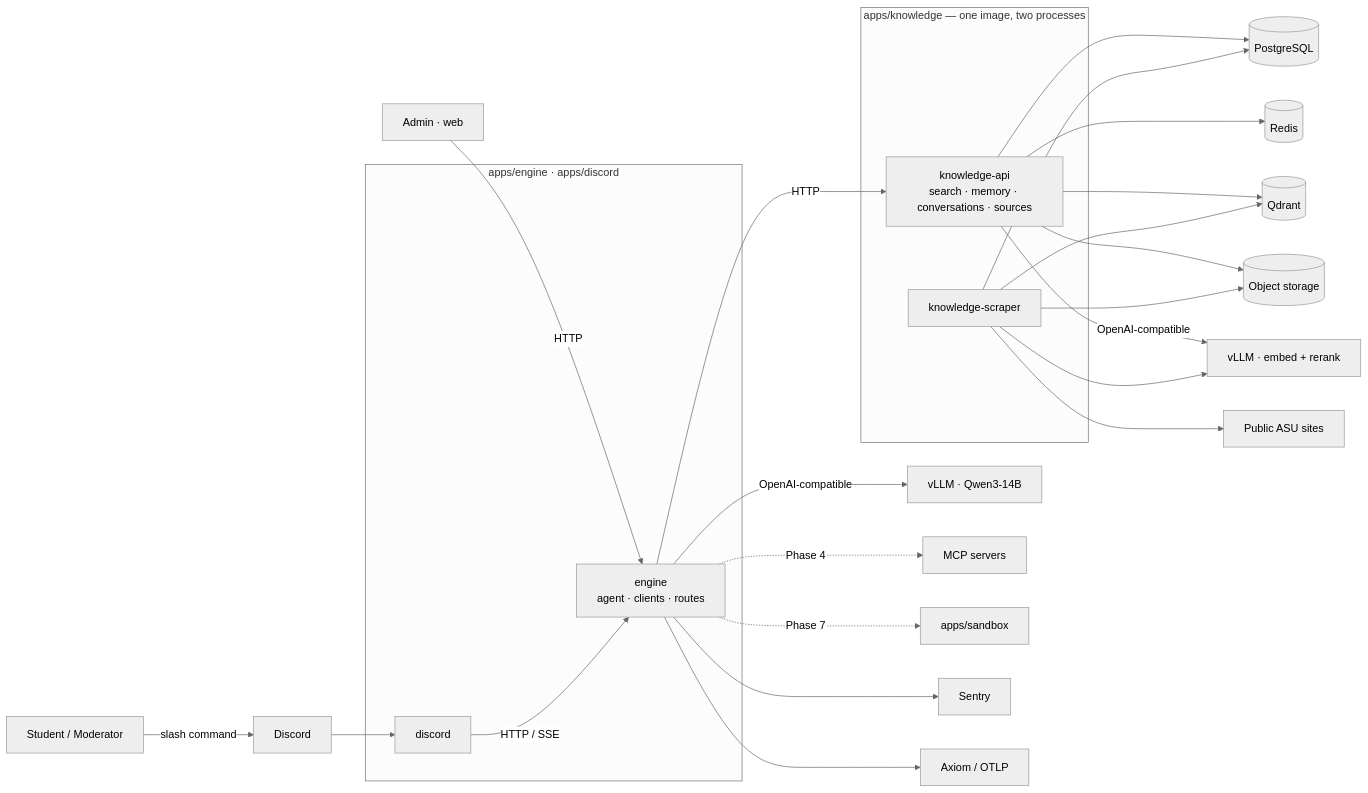
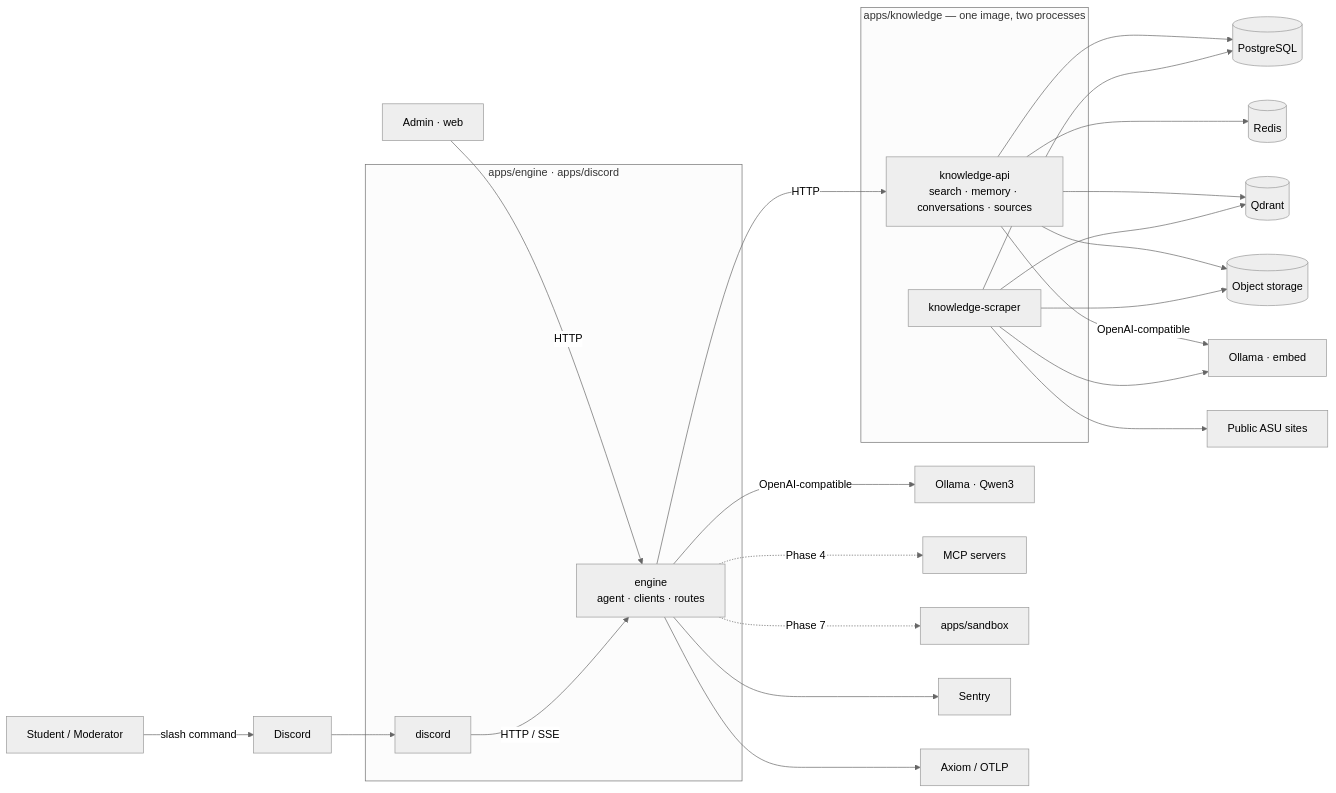
Before and after one commit to ashworks1706/SparkyAI: the diagram in docs/ARCHITECTURE.md, drawn with Mermaid (neutral theme). The commit also changed other lines of this file and 16 other files, not shown here.

First line of the commit message:
Replace vLLM with Ollama for model serving

````diff
--- a/docs/ARCHITECTURE.md
+++ b/docs/ARCHITECTURE.md
@@ -74,35 +74,35 @@
 ```mermaid
 flowchart LR
     U[Student / Moderator] -->|slash command| D[Discord]
     A[Admin · web] -->|HTTP| APP
 
     subgraph rust [apps/engine · apps/discord]
         BOT[discord]
         APP[engine<br/>agent · clients · routes]
     end
     D --> BOT
     BOT -->|HTTP / SSE| APP
 
-    APP -->|OpenAI-compatible| VLLM[vLLM · Qwen3-14B]
+    APP -->|OpenAI-compatible| OLL[Ollama · Qwen3]
     APP -->|HTTP| KN
     APP -.->|Phase 4| MCP[MCP servers]
     APP -.->|Phase 7| BW[apps/sandbox]
 
     subgraph knowledge [apps/knowledge — one image, two processes]
         KN[knowledge-api<br/>search · memory · conversations · sources]
         ING[knowledge-scraper]
     end
     KN --> PG[(PostgreSQL)]
     KN --> RD[(Redis)]
     KN --> QD[(Qdrant)]
     KN --> S3[(Object storage)]
-    KN -->|OpenAI-compatible| EMB[vLLM · embed + rerank]
+    KN -->|OpenAI-compatible| EMB[Ollama · embed]
     ING --> WEB[Public ASU sites]
     ING --> PG
     ING --> QD
     ING --> S3
     ING --> EMB
 
     APP --> SEN[Sentry]
     APP --> AX[Axiom / OTLP]
 ```
````
